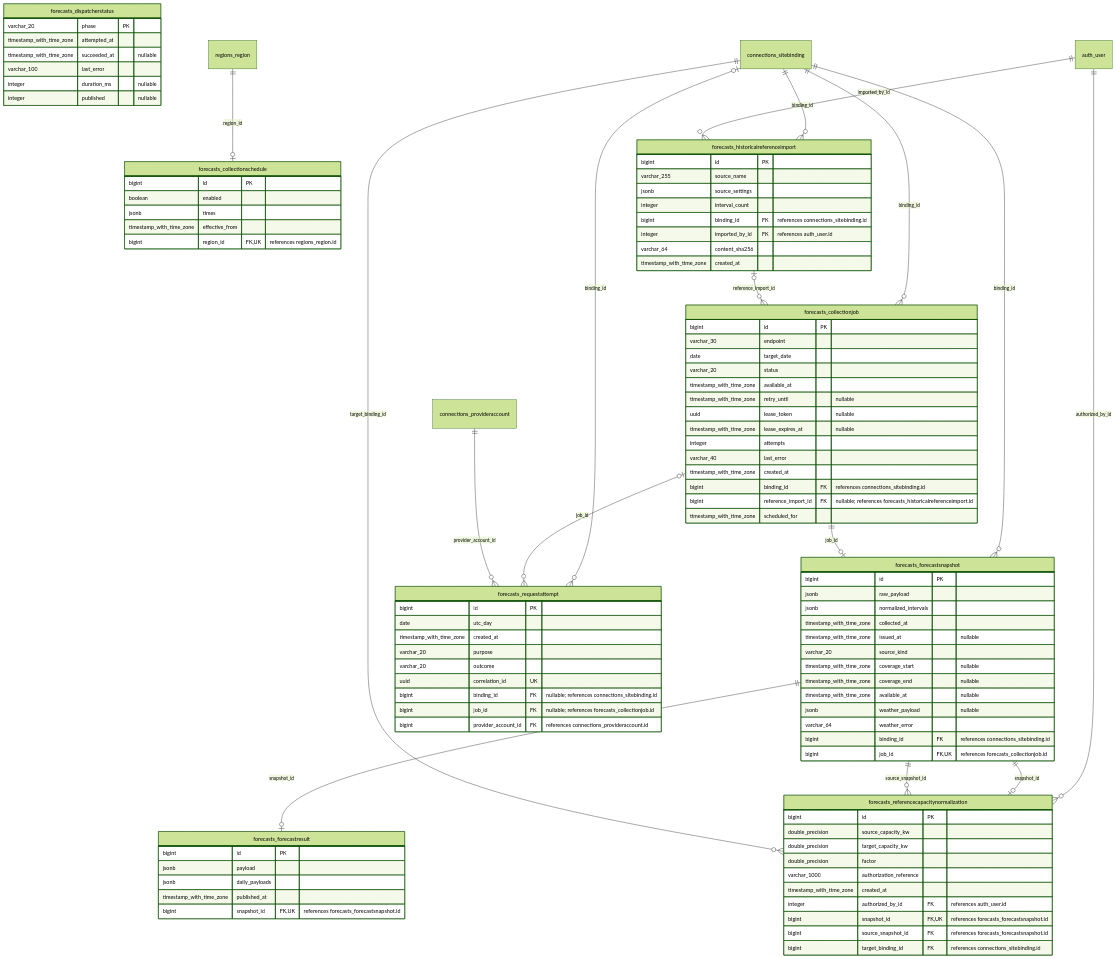
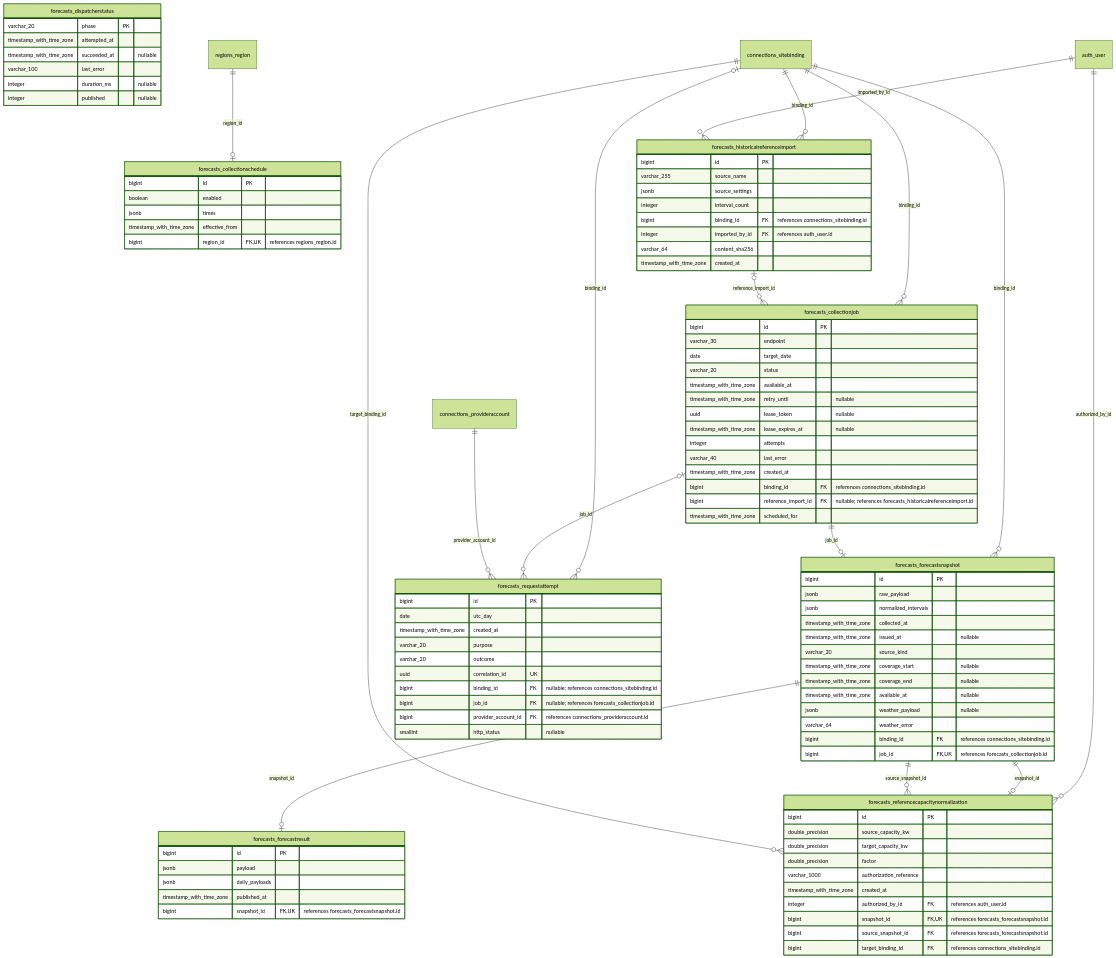
One commit to erkurtharun/pyracast changed the fifth of 18 diagrams in docs/DATA_MODEL.md. Above: the diagram before and after it, drawn with Mermaid (forest theme). The commit also changed other lines of this file and 114 other files, not shown here.

```diff
--- a/docs/DATA_MODEL.md
+++ b/docs/DATA_MODEL.md
@@ -534,6 +534,7 @@
         bigint binding_id FK "nullable; references connections_sitebinding.id"
         bigint job_id FK "nullable; references forecasts_collectionjob.id"
         bigint provider_account_id FK "references connections_provideraccount.id"
+        smallint http_status "nullable"
     }
     connections_sitebinding ||--o{ forecasts_collectionjob : "binding_id"
     forecasts_historicalreferenceimport |o--o{ forecasts_collectionjob : "reference_import_id"
```
